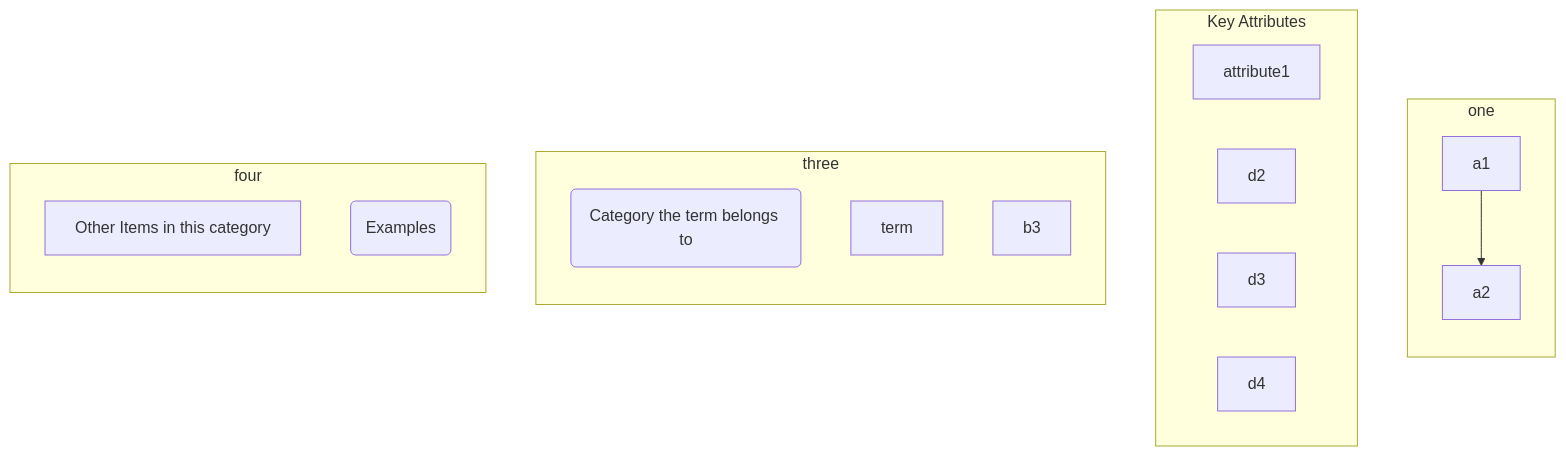
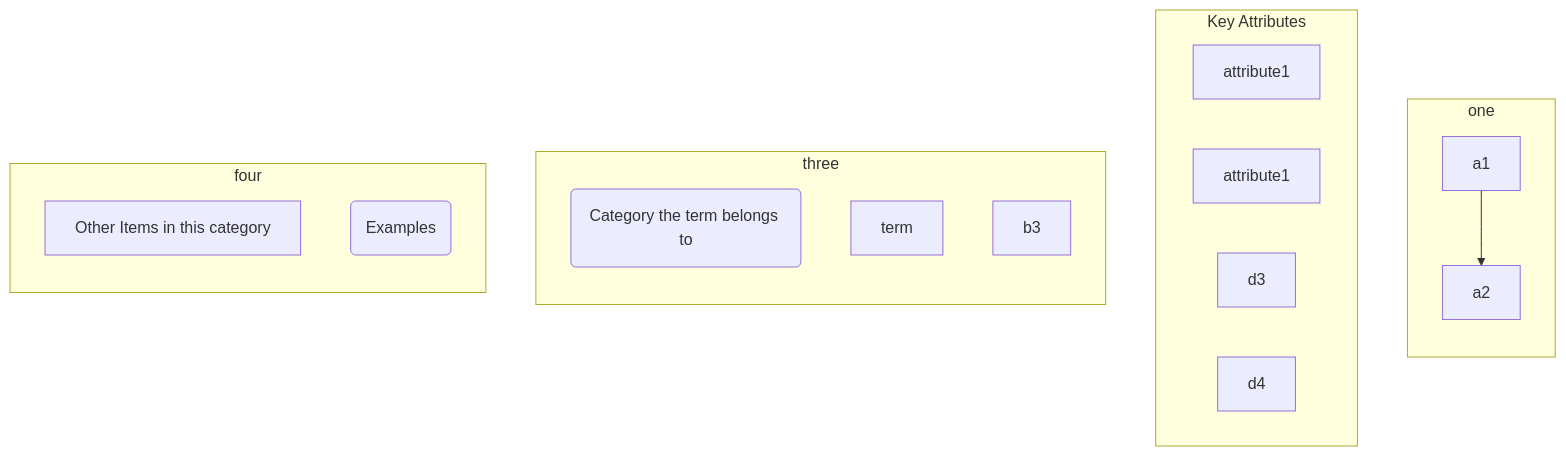
One commit to gerbssusd/dok changed the diagram in slides.md. Above: the diagram before and after it, drawn with Mermaid.

````diff
--- a/slides.md
+++ b/slides.md
@@ -217,30 +217,30 @@
 ```mermaid
 flowchart TB
     subgraph one 
      direction TB
     a1-->a2
      end
     subgraph Key Attributes
      d1[attribute1]
-     d2
+     d2[attribute1]
      d3
      d4
      end
     subgraph three
       direction TB
         b1(Category the term belongs to)
         b2[term]
         b3 
         end
     subgraph four
       direction TB
     c1[Other Items in this category] 
     c2(Examples)
     end
 
 
 
 
 
 
 ```
````
